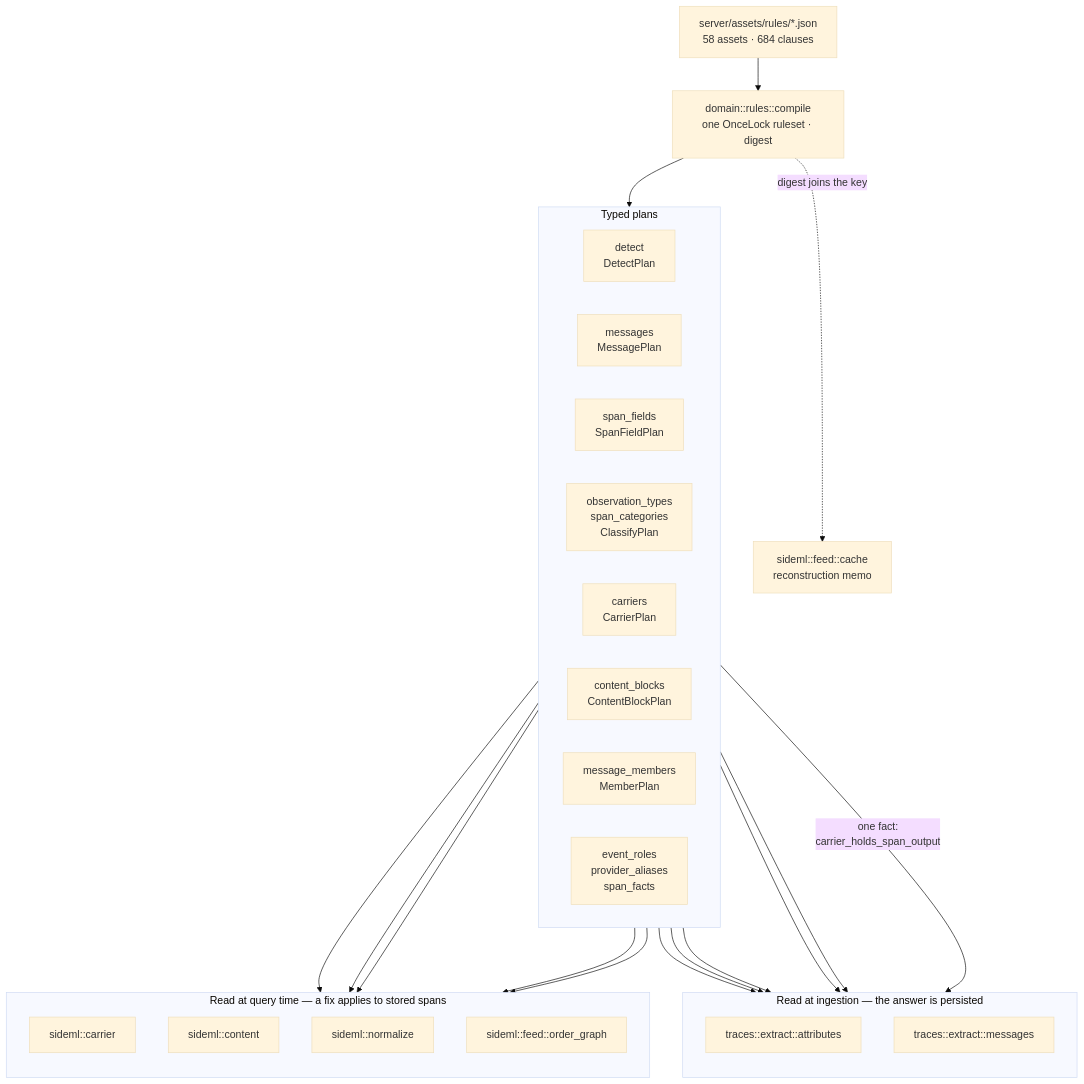
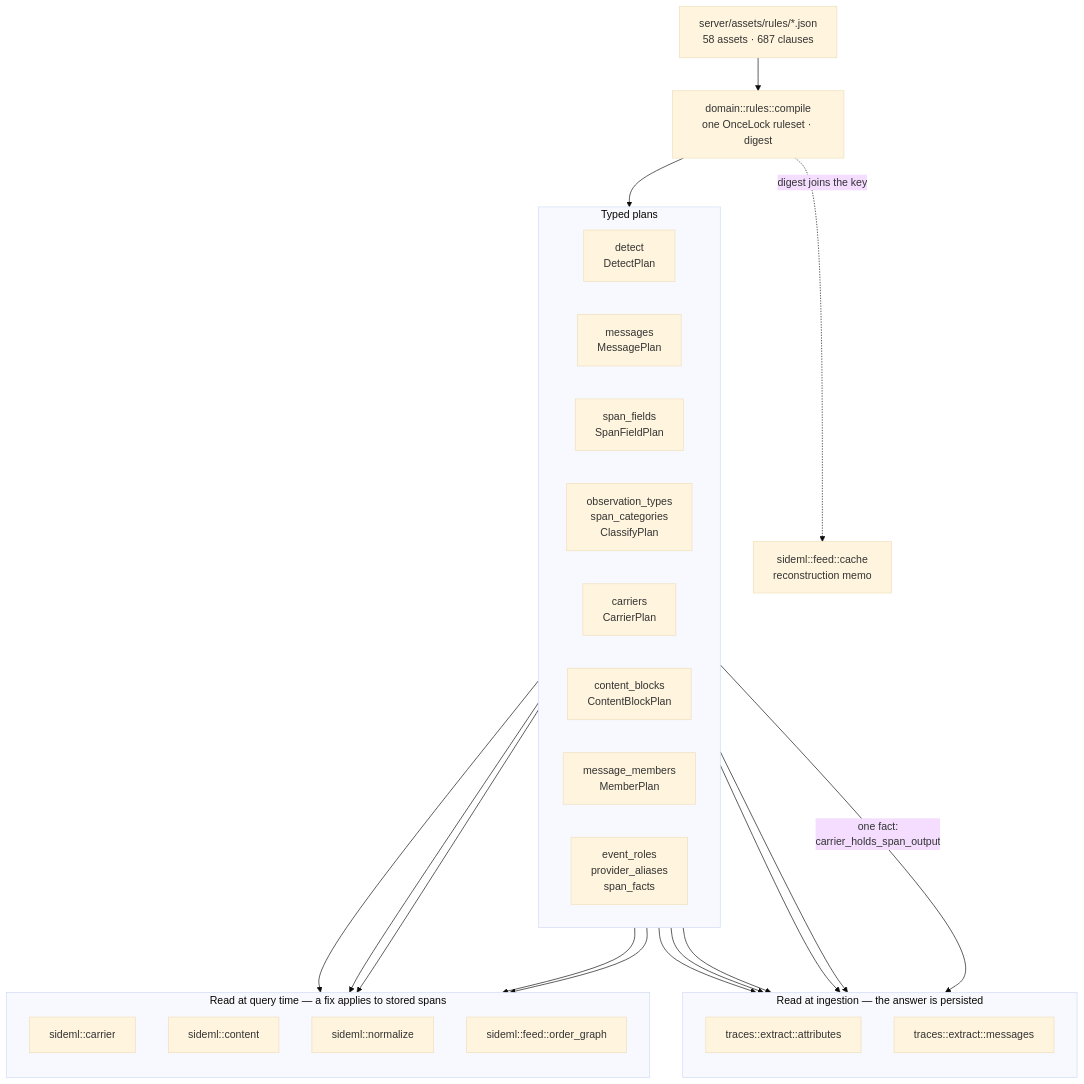
Before and after one commit to sideseat/sideseat: the first of 7 diagrams in docs/engineering/architecture-diagrams.md, drawn with Mermaid (base theme). The commit also changed 59 other files, not shown here.

````diff
--- a/docs/engineering/architecture-diagrams.md
+++ b/docs/engineering/architecture-diagrams.md
@@ -18,47 +18,47 @@
 ```mermaid
 flowchart TB
-    assets["server/assets/rules/*.json<br/>58 assets · 684 clauses"]
+    assets["server/assets/rules/*.json<br/>58 assets · 687 clauses"]
     compile["domain::rules::compile<br/>one OnceLock ruleset · digest"]
     assets --> compile
 
     subgraph plans["Typed plans"]
         direction LR
         detect["detect<br/>DetectPlan"]
         messages["messages<br/>MessagePlan"]
         fields["span_fields<br/>SpanFieldPlan"]
         classify["observation_types<br/>span_categories<br/>ClassifyPlan"]
         carriers["carriers<br/>CarrierPlan"]
         blocks["content_blocks<br/>ContentBlockPlan"]
         members["message_members<br/>MemberPlan"]
         roles["event_roles<br/>provider_aliases<br/>span_facts"]
     end
     compile --> plans
 
     subgraph ingest["Read at ingestion — the answer is persisted"]
         direction TB
         attrs["traces::extract::attributes"]
         msgs["traces::extract::messages"]
     end
 
     subgraph query["Read at query time — a fix applies to stored spans"]
         direction TB
         carrier["sideml::carrier"]
         content["sideml::content"]
         normalize["sideml::normalize"]
         order["sideml::feed::order_graph"]
     end
 
     detect --> attrs
     fields --> attrs
     classify --> attrs
     roles --> attrs
     messages --> msgs
     carriers -->|"one fact:<br/>carrier_holds_span_output"| msgs
     carriers --> carrier
     carriers --> order
     blocks --> content
     members --> content
     roles --> normalize
 
     compile -. "digest joins the key" .-> cache["sideml::feed::cache<br/>reconstruction memo"]
 ```
````
